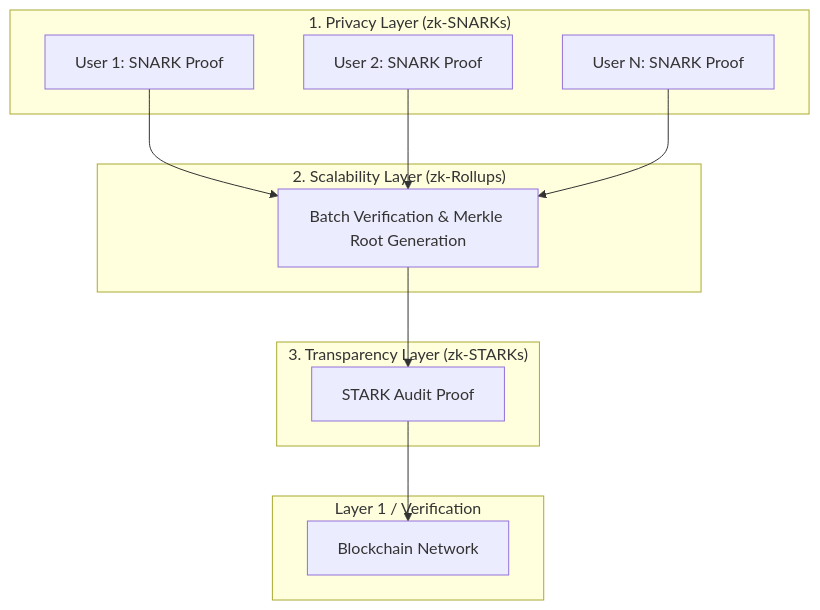
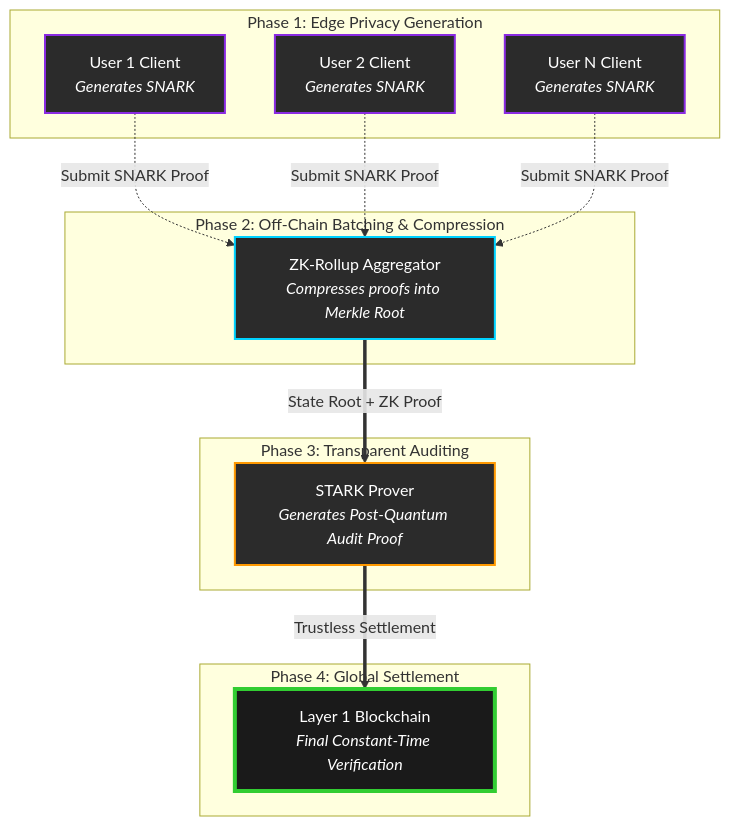
The diagram in README.md (Varshiniamara/zkp-dashboard), drawn with Mermaid before and after one commit. The commit also changed other lines of this file, not shown here.

Commit message:
docs: Rewrite README with extensive academic styling, deep architecture details, and ultra-professional layout

````diff
--- a/README.md
+++ b/README.md
@@ -40,26 +53,32 @@
 ```mermaid
 graph TD
-    subgraph "1. Privacy Layer (zk-SNARKs)"
-        U1[User 1: SNARK Proof]
-        U2[User 2: SNARK Proof]
-        U3[User N: SNARK Proof]
+    classDef layer1 fill:#2b2b2b,stroke:#8a2be2,stroke-width:2px,color:#fff;
+    classDef layer2 fill:#2b2b2b,stroke:#00d2ff,stroke-width:2px,color:#fff;
+    classDef layer3 fill:#2b2b2b,stroke:#ff9900,stroke-width:2px,color:#fff;
+    classDef mainnet fill:#1a1a1a,stroke:#32CD32,stroke-width:4px,color:#fff;
+
+    subgraph "Phase 1: Edge Privacy Generation"
+        U1[User 1 Client<br><i>Generates SNARK</i>]:::layer1
+        U2[User 2 Client<br><i>Generates SNARK</i>]:::layer1
+        U3[User N Client<br><i>Generates SNARK</i>]:::layer1
     end
 
-    subgraph "2. Scalability Layer (zk-Rollups)"
-        BATCH[Batch Verification & Merkle Root Generation]
+    subgraph "Phase 2: Off-Chain Batching & Compression"
+        ROLLUP[ZK-Rollup Aggregator<br><i>Compresses proofs into Merkle Root</i>]:::layer2
     end
 
-    subgraph "3. Transparency Layer (zk-STARKs)"
-        AUDIT[STARK Audit Proof]
+    subgraph "Phase 3: Transparent Auditing"
+        STARK[STARK Prover<br><i>Generates Post-Quantum Audit Proof</i>]:::layer3
     end
 
-    subgraph "Layer 1 / Verification"
-        BLOCKCHAIN[Blockchain Network]
+    subgraph "Phase 4: Global Settlement"
+        ETH[Layer 1 Blockchain<br><i>Final Constant-Time Verification</i>]:::mainnet
     end
 
-    U1 --> BATCH
-    U2 --> BATCH
-    U3 --> BATCH
-    BATCH --> AUDIT
-    AUDIT --> BLOCKCHAIN
+    U1 -.->|Submit SNARK Proof| ROLLUP
+    U2 -.->|Submit SNARK Proof| ROLLUP
+    U3 -.->|Submit SNARK Proof| ROLLUP
+    
+    ROLLUP ==>|State Root + ZK Proof| STARK
+    STARK ==>|Trustless Settlement| ETH
 ```
````
